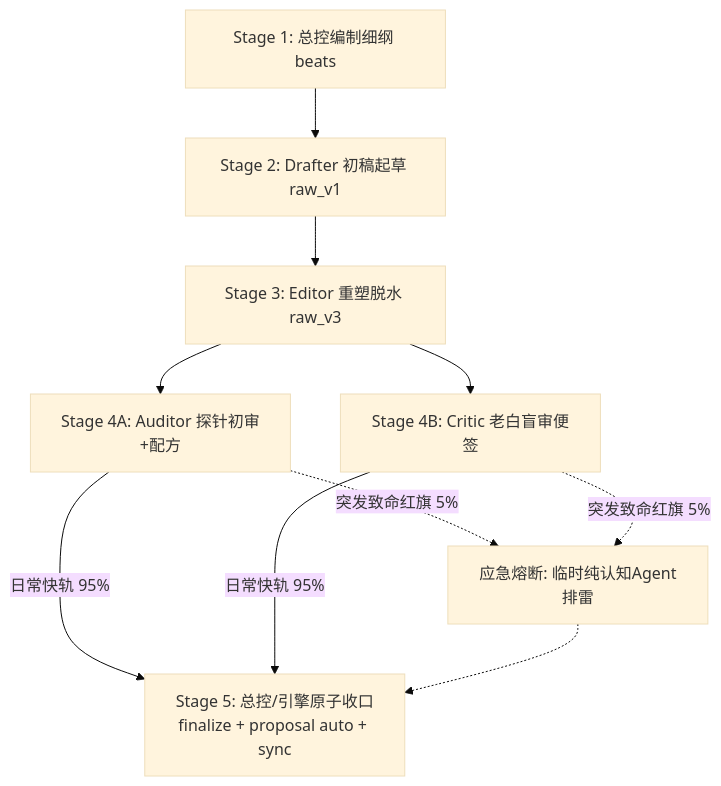
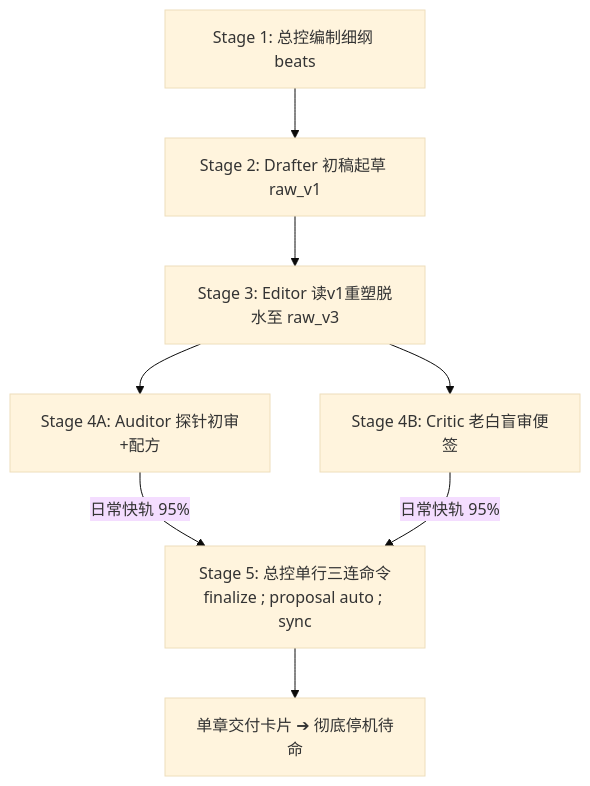
One commit to cg110902/NOVEL changed the diagram in .agents/skills/director/SKILL.md. Above: the diagram before and after it, drawn with Mermaid (base theme). The commit also changed other lines of this file and 10 other files, not shown here.

````diff
--- a/.agents/skills/director/SKILL.md
+++ b/.agents/skills/director/SKILL.md
@@ -193,12 +96,10 @@
 ```mermaid
 graph TD
     S1[Stage 1: 总控编制细纲 beats] --> S2[Stage 2: Drafter 初稿起草 raw_v1]
-    S2 --> S3[Stage 3: Editor 重塑脱水 raw_v3]
+    S2 --> S3[Stage 3: Editor 读v1重塑脱水至 raw_v3]
     S3 --> S4A[Stage 4A: Auditor 探针初审+配方]
     S3 --> S4B[Stage 4B: Critic 老白盲审便签]
-    S4A -->|日常快轨 95%| S5[Stage 5: 总控/引擎原子收口<br/>finalize + proposal auto + sync]
+    S4A -->|日常快轨 95%| S5[Stage 5: 总控单行三连命令<br/>finalize ; proposal auto ; sync]
     S4B -->|日常快轨 95%| S5
-    S4A -.->|突发致命红旗 5%| SE[应急熔断: 临时纯认知Agent排雷]
-    S4B -.->|突发致命红旗 5%| SE
-    SE -.-> S5
+    S5 --> S6[单章交付卡片 ➔ 彻底停机待命]
 ```
````
